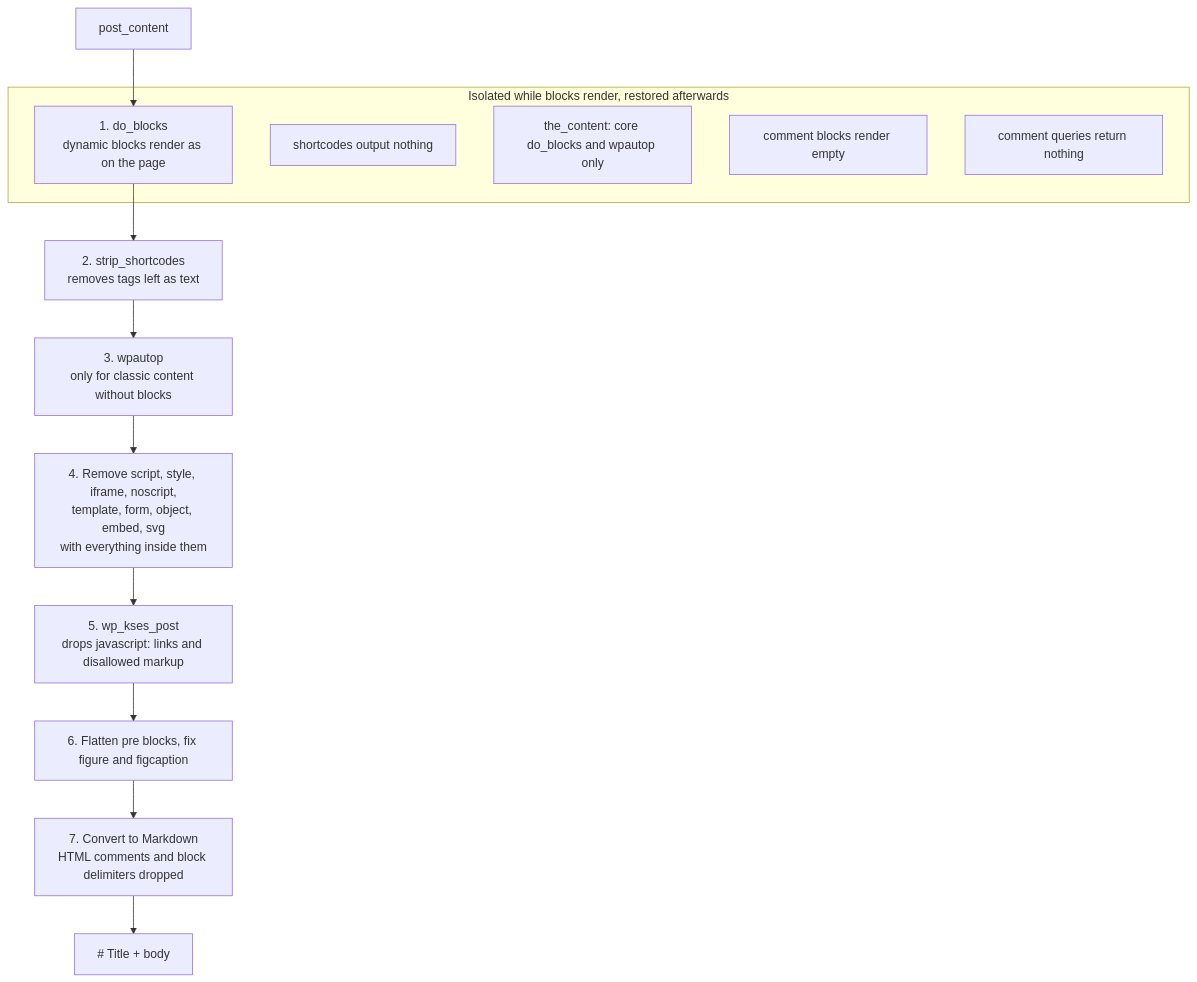
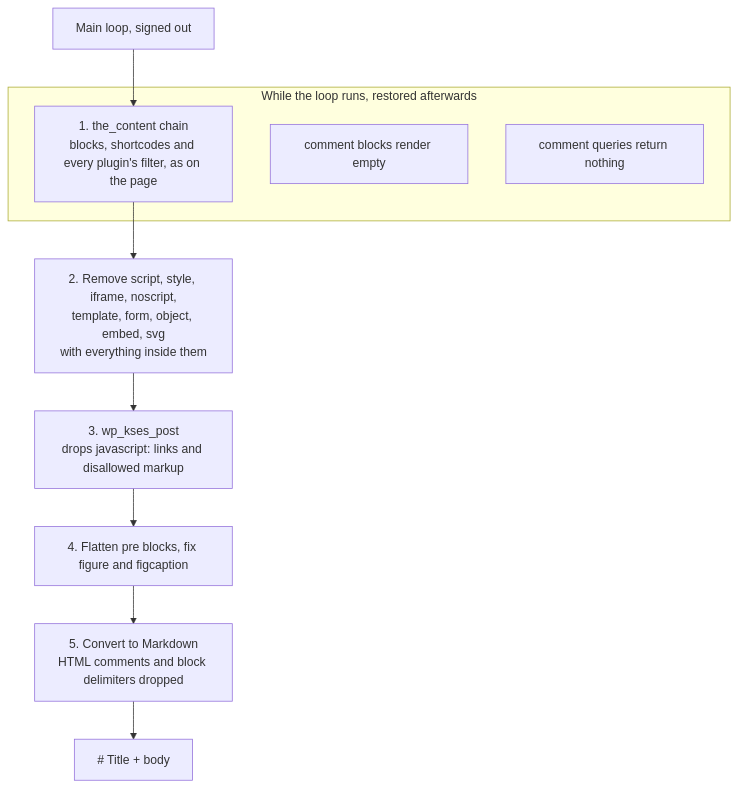
Before and after one commit to teemujonkkari/accept-markdown: the third of 4 diagrams in README.md, drawn with Mermaid. The commit also changed other lines of this file and 6 other files, not shown here.

First line of the commit message:
fix: render through the real the_content chain so content gates apply

````diff
--- a/README.md
+++ b/README.md
@@ -127,18 +127,14 @@
 ```mermaid
 flowchart TD
-    P["post_content"] --> S1
-    subgraph ISO["Isolated while blocks render, restored afterwards"]
-        S1["1. do_blocks<br/>dynamic blocks render as on the page"]
-        I1["shortcodes output nothing"]
-        I2["the_content: core do_blocks and wpautop only"]
+    P["Main loop, signed out"] --> S1
+    subgraph ISO["While the loop runs, restored afterwards"]
+        S1["1. the_content chain<br/>blocks, shortcodes and every plugin's filter, as on the page"]
         I3["comment blocks render empty"]
         I4["comment queries return nothing"]
     end
-    S1 --> S2["2. strip_shortcodes<br/>removes tags left as text"]
-    S2 --> S3["3. wpautop<br/>only for classic content without blocks"]
-    S3 --> S4["4. Remove script, style, iframe, noscript,<br/>template, form, object, embed, svg<br/>with everything inside them"]
-    S4 --> S5["5. wp_kses_post<br/>drops javascript: links and disallowed markup"]
-    S5 --> S6["6. Flatten pre blocks, fix figure and figcaption"]
-    S6 --> S7["7. Convert to Markdown<br/>HTML comments and block delimiters dropped"]
+    S1 --> S4["2. Remove script, style, iframe, noscript,<br/>template, form, object, embed, svg<br/>with everything inside them"]
+    S4 --> S5["3. wp_kses_post<br/>drops javascript: links and disallowed markup"]
+    S5 --> S6["4. Flatten pre blocks, fix figure and figcaption"]
+    S6 --> S7["5. Convert to Markdown<br/>HTML comments and block delimiters dropped"]
     S7 --> T["# Title + body"]
 ```
````
